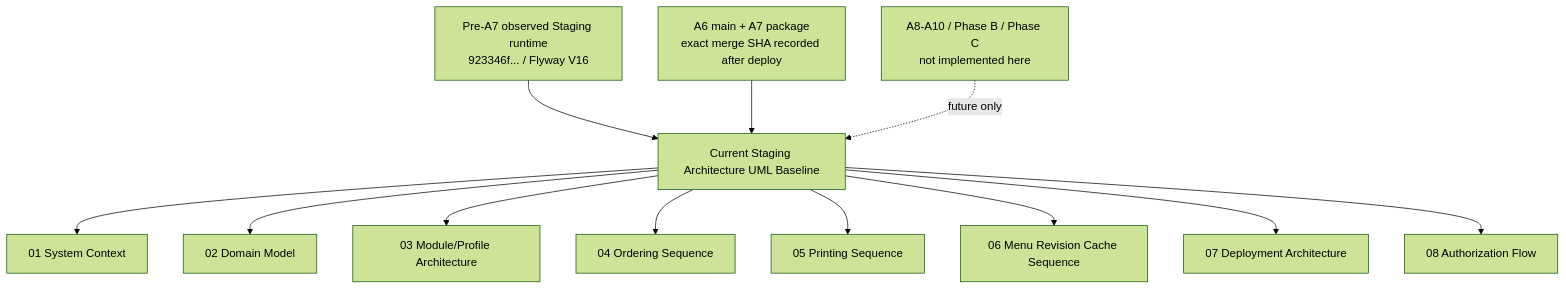
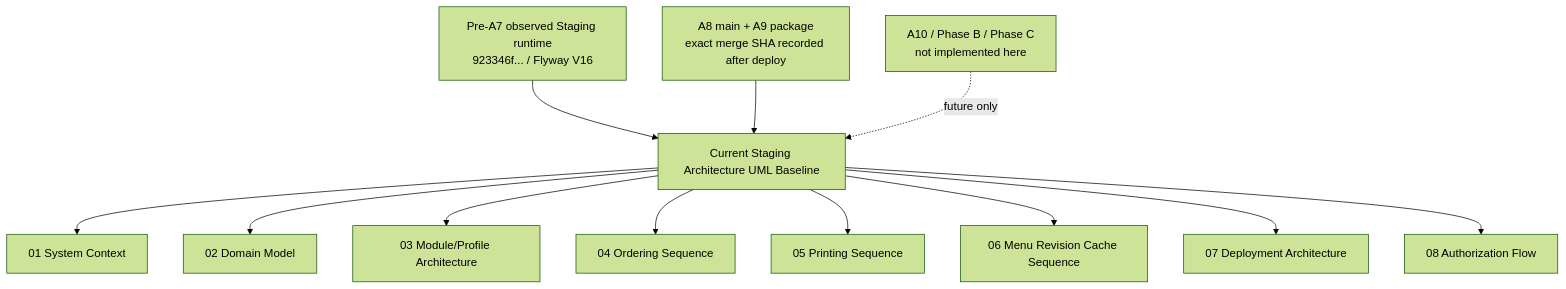
One commit to Z1linXu/Restaurant_System changed the diagram in docs/architecture/current-staging/README.md. Above: the diagram before and after it, drawn with Mermaid (forest theme). The commit also changed other lines of this file and 25 other files, not shown here.

````diff
--- a/docs/architecture/current-staging/README.md
+++ b/docs/architecture/current-staging/README.md
@@ -75,15 +79,15 @@
 ```mermaid
 flowchart TD
     baseline["Current Staging Architecture UML Baseline"] --> context["01 System Context"]
     baseline --> domain["02 Domain Model"]
     baseline --> modules["03 Module/Profile Architecture"]
     baseline --> ordering["04 Ordering Sequence"]
     baseline --> printing["05 Printing Sequence"]
     baseline --> cache["06 Menu Revision Cache Sequence"]
     baseline --> deployment["07 Deployment Architecture"]
     baseline --> auth["08 Authorization Flow"]
 
     runtime["Pre-A7 observed Staging runtime<br/>923346f... / Flyway V16"] --> baseline
-    source["A6 main + A7 package<br/>exact merge SHA recorded after deploy"] --> baseline
-    future["A8-A10 / Phase B / Phase C<br/>not implemented here"] -. "future only" .-> baseline
+    source["A8 main + A9 package<br/>exact merge SHA recorded after deploy"] --> baseline
+    future["A10 / Phase B / Phase C<br/>not implemented here"] -. "future only" .-> baseline
 ```
````
